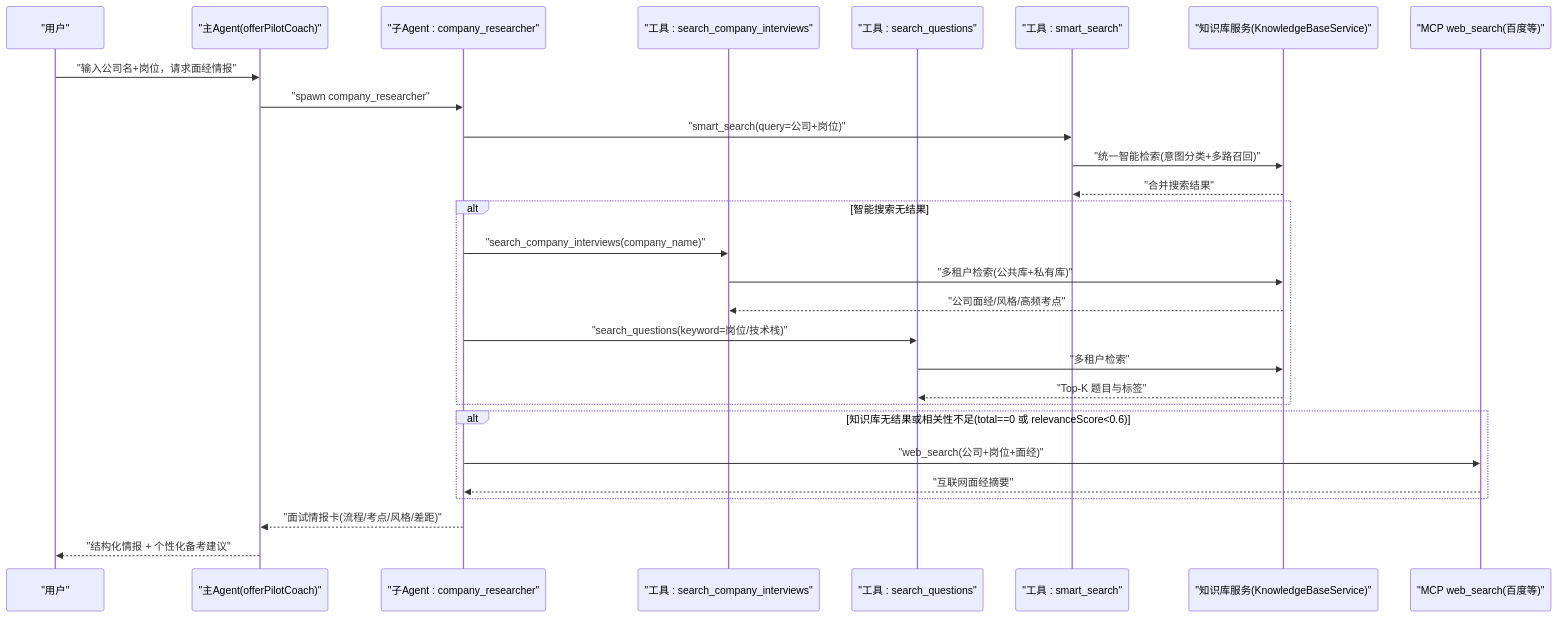
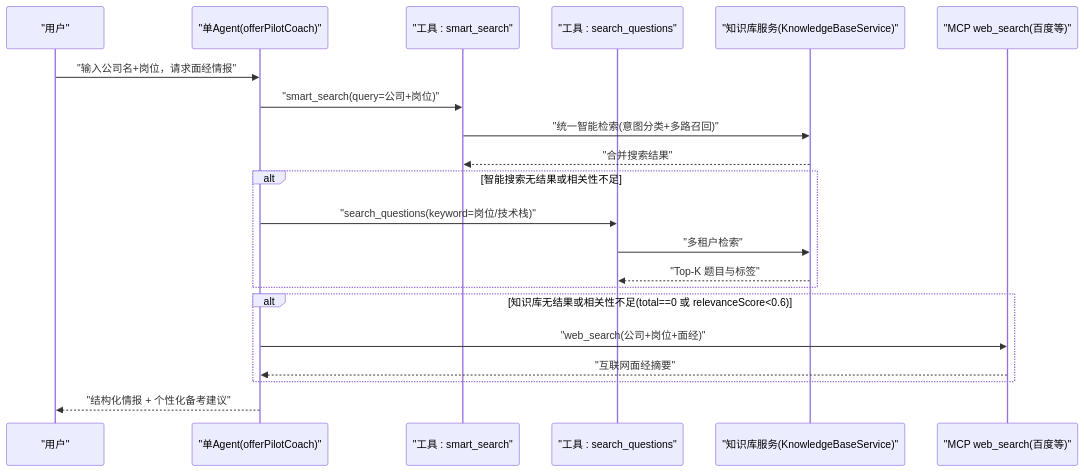
Before and after one commit to Miss-zhi/OfferPilot: the fourth of 5 diagrams in .qoder/repowiki/zh/content/六大核心求职环节 Agent 交互时序.md, drawn with Mermaid. The commit also changed other lines of this file and 25 other files, not shown here.

````diff
--- a/.qoder/repowiki/zh/content/六大核心求职环节 Agent 交互时序.md
+++ b/.qoder/repowiki/zh/content/六大核心求职环节 Agent 交互时序.md
@@ -204,30 +142,23 @@
 ```mermaid
 sequenceDiagram
 participant U as "用户"
-participant C as "主Agent(offerPilotCoach)"
-participant CR as "子Agent : company_researcher"
-participant CI as "工具 : search_company_interviews"
+participant A as "单Agent(offerPilotCoach)"
+participant SS as "工具 : smart_search"
 participant QS as "工具 : search_questions"
-participant SS as "工具 : smart_search"
 participant KB as "知识库服务(KnowledgeBaseService)"
 participant MCP as "MCP web_search(百度等)"
-U->>C : "输入公司名+岗位，请求面经情报"
-C->>CR : "spawn company_researcher"
-CR->>SS : "smart_search(query=公司+岗位)"
+U->>A : "输入公司名+岗位，请求面经情报"
+A->>SS : "smart_search(query=公司+岗位)"
 SS->>KB : "统一智能检索(意图分类+多路召回)"
 KB-->>SS : "合并搜索结果"
-alt 智能搜索无结果
-CR->>CI : "search_company_interviews(company_name)"
-CI->>KB : "多租户检索(公共库+私有库)"
-KB-->>CI : "公司面经/风格/高频考点"
-CR->>QS : "search_questions(keyword=岗位/技术栈)"
+alt 智能搜索无结果或相关性不足
+A->>QS : "search_questions(keyword=岗位/技术栈)"
 QS->>KB : "多租户检索"
 KB-->>QS : "Top-K 题目与标签"
 end
 alt 知识库无结果或相关性不足(total==0 或 relevanceScore<0.6)
-CR->>MCP : "web_search(公司+岗位+面经)"
-MCP-->>CR : "互联网面经摘要"
+A->>MCP : "web_search(公司+岗位+面经)"
+MCP-->>A : "互联网面经摘要"
 end
-CR-->>C : "面试情报卡(流程/考点/风格/差距)"
-C-->>U : "结构化情报 + 个性化备考建议"
+A-->>U : "结构化情报 + 个性化备考建议"
 ```
````
